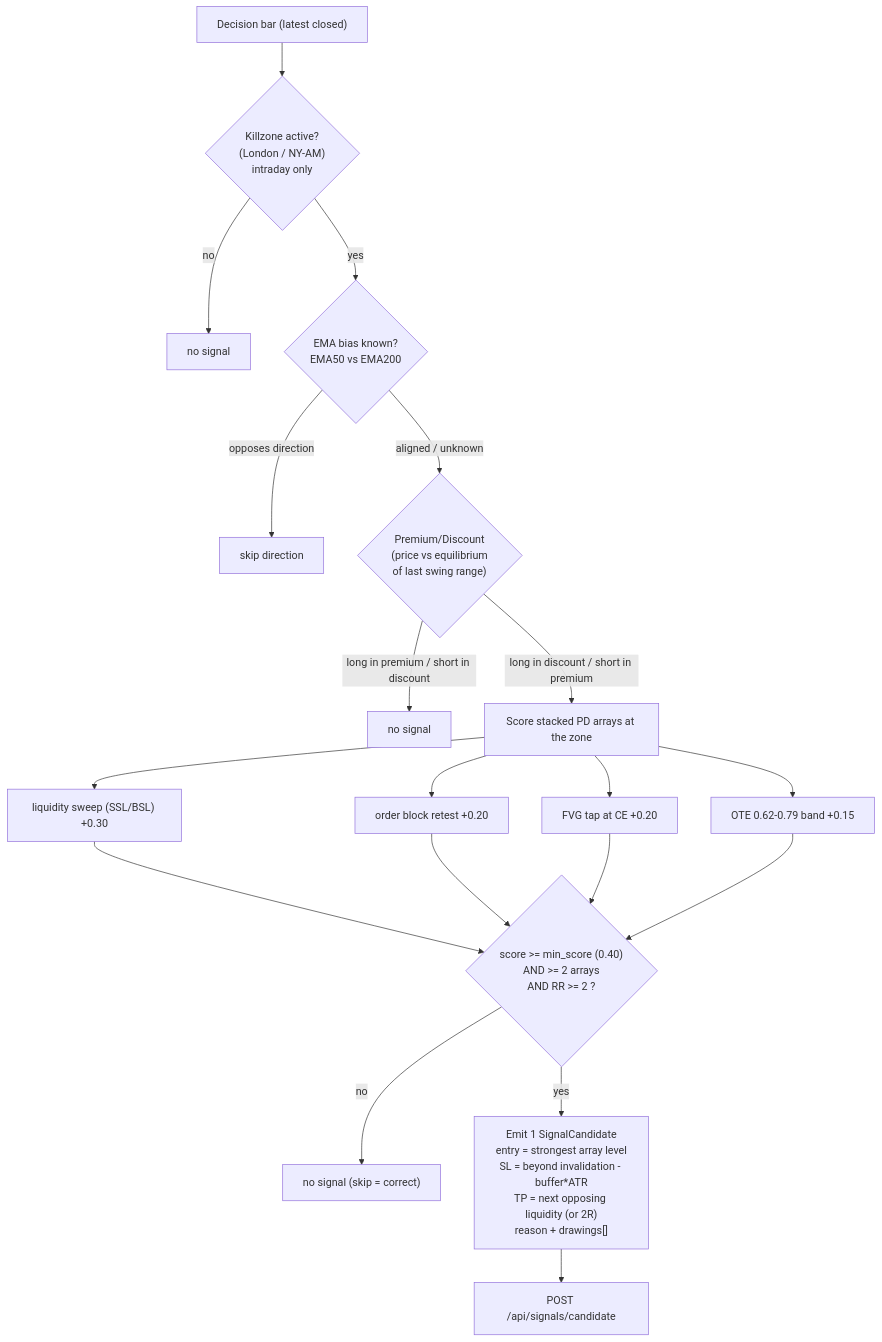
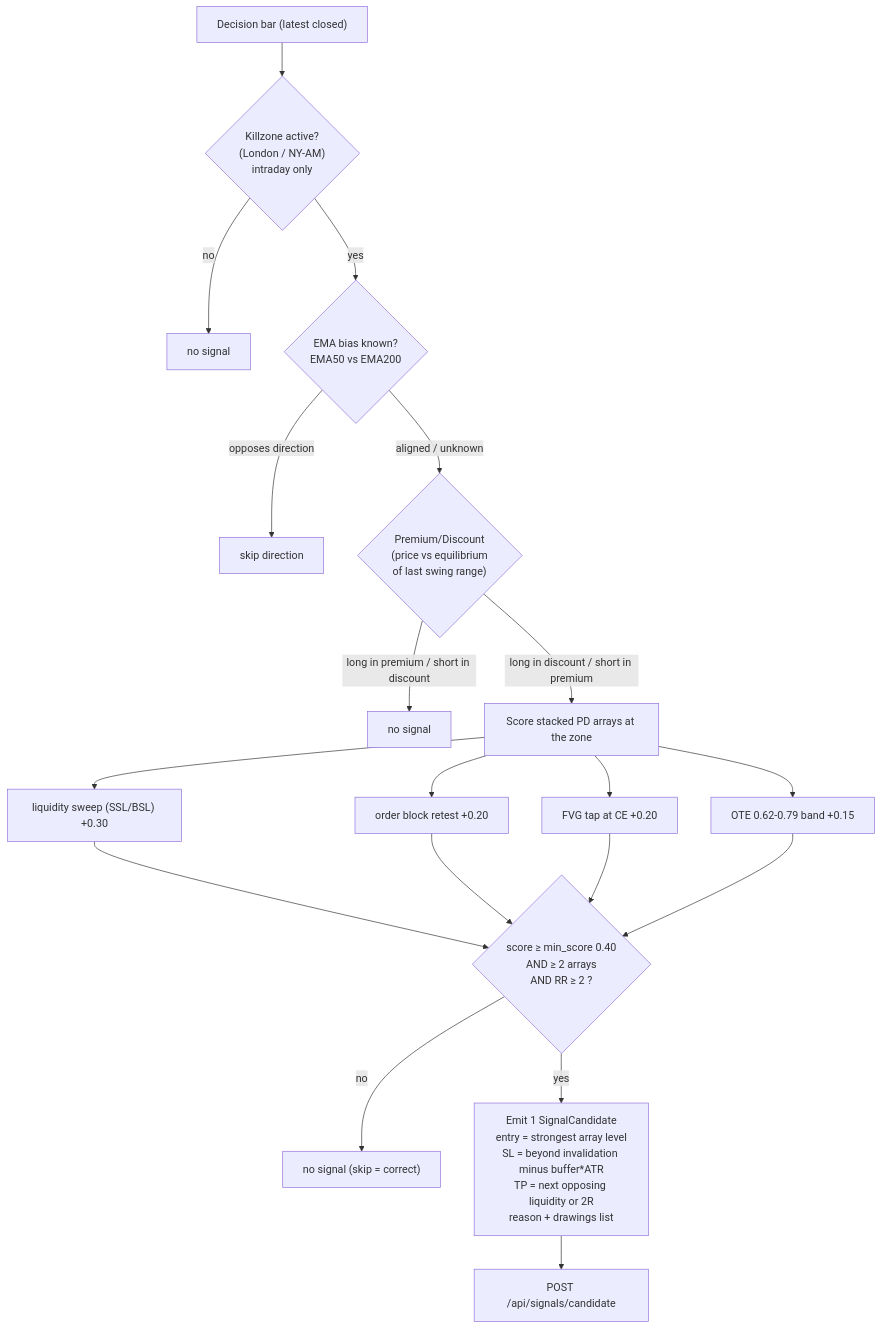
The seventh of 7 diagrams in docs/architecture/signal-flow.md (Alujack/ai-trading-platform), drawn with Mermaid before and after one commit. The commit also changed other lines of this file, not shown here.

````diff
--- a/docs/architecture/signal-flow.md
+++ b/docs/architecture/signal-flow.md
@@ -337,20 +337,20 @@
 ```mermaid
 flowchart TD
     A["Decision bar (latest closed)"] --> KZ{"Killzone active?<br/>(London / NY-AM)<br/>intraday only"}
     KZ -- no --> X0["no signal"]
     KZ -- yes --> BIAS{"EMA bias known?<br/>EMA50 vs EMA200"}
     BIAS -- "opposes direction" --> X1["skip direction"]
     BIAS -- "aligned / unknown" --> PD{"Premium/Discount<br/>(price vs equilibrium<br/>of last swing range)"}
     PD -- "long in premium / short in discount" --> X2["no signal"]
     PD -- "long in discount / short in premium" --> ARR["Score stacked PD arrays at the zone"]
 
     ARR --> SW["liquidity sweep (SSL/BSL) +0.30"]
     ARR --> OB["order block retest +0.20"]
     ARR --> FV["FVG tap at CE +0.20"]
     ARR --> OT["OTE 0.62-0.79 band +0.15"]
 
-    SW & OB & FV & OT --> SCORE{"score >= min_score (0.40)<br/>AND >= 2 arrays<br/>AND RR >= 2 ?"}
+    SW & OB & FV & OT --> SCORE{"score ≥ min_score 0.40<br/>AND ≥ 2 arrays<br/>AND RR ≥ 2 ?"}
     SCORE -- no --> X3["no signal (skip = correct)"]
-    SCORE -- yes --> EMIT["Emit 1 SignalCandidate<br/>entry = strongest array level<br/>SL = beyond invalidation - buffer*ATR<br/>TP = next opposing liquidity (or 2R)<br/>reason + drawings[]"]
+    SCORE -- yes --> EMIT["Emit 1 SignalCandidate<br/>entry = strongest array level<br/>SL = beyond invalidation minus buffer*ATR<br/>TP = next opposing liquidity or 2R<br/>reason + drawings list"]
     EMIT --> GATE["POST /api/signals/candidate"]
 ```
````
